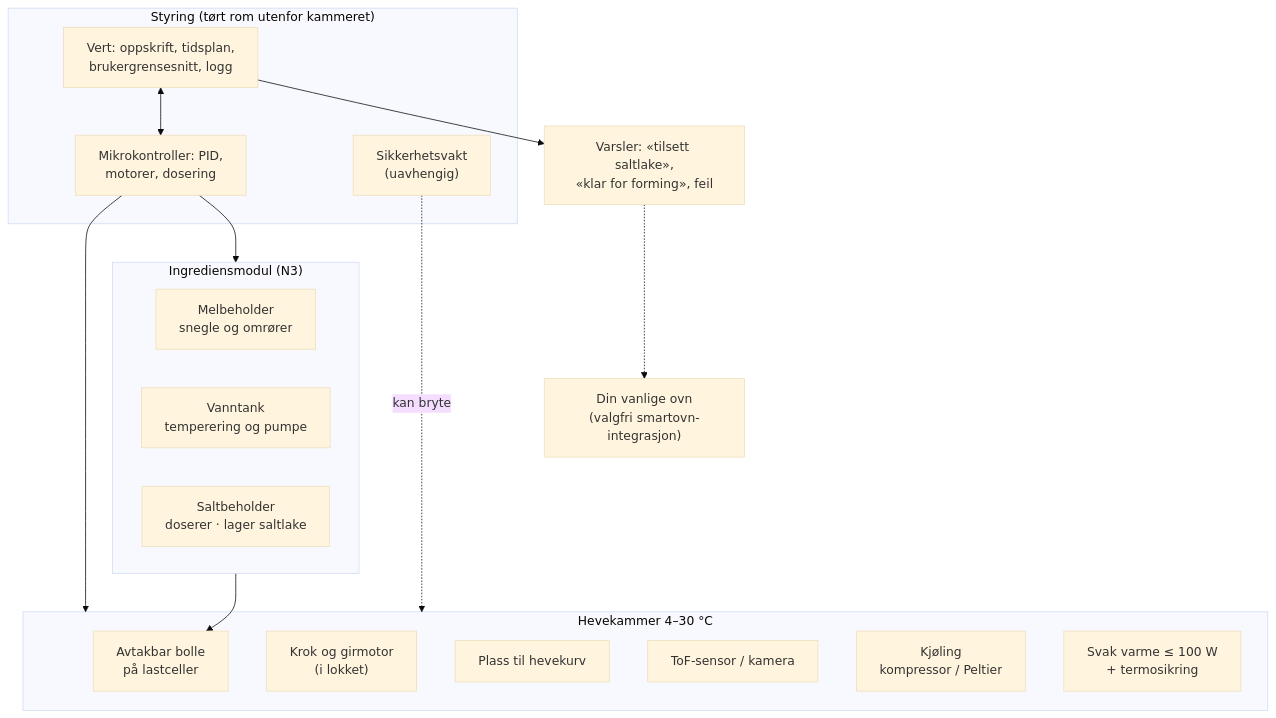
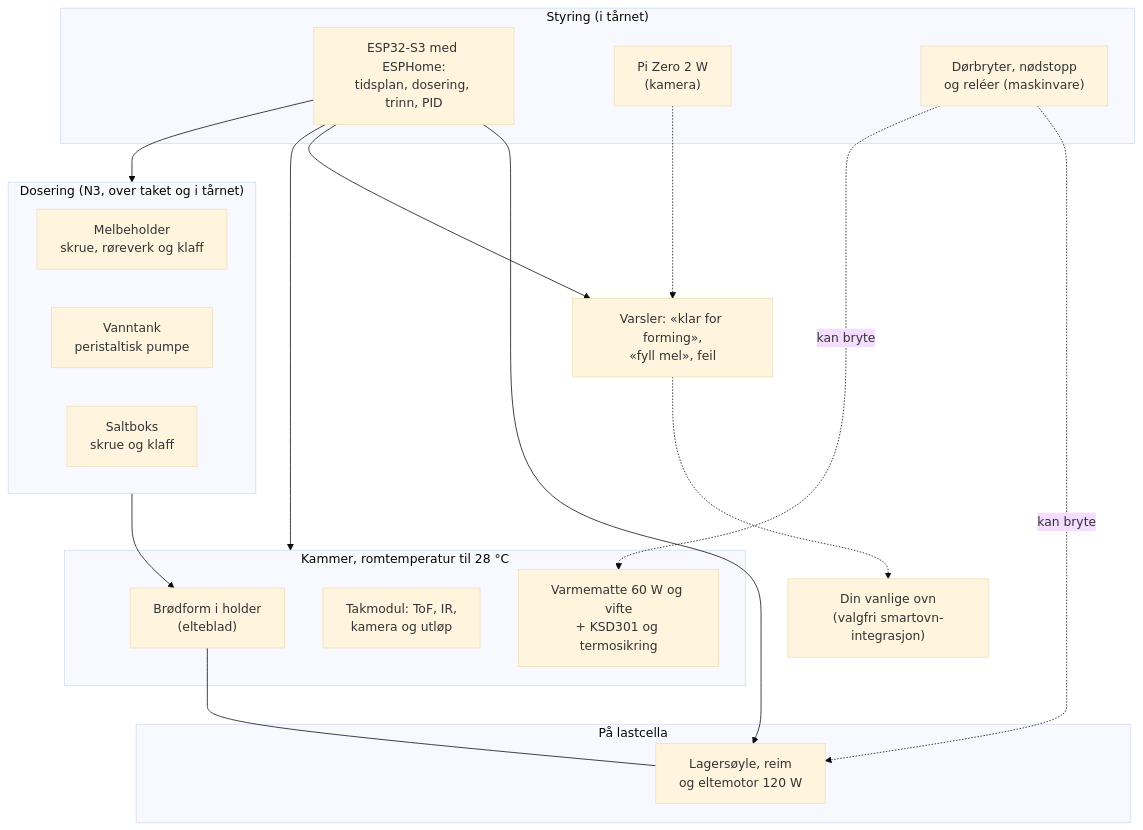
The first of 3 diagrams in docs/07-arkitektur.md (erikhafnor/surdeigsbaker), drawn with Mermaid (base theme) before and after one commit. The commit also changed other lines of this file and 13 other files, not shown here.

````diff
--- a/docs/07-arkitektur.md
+++ b/docs/07-arkitektur.md
@@ -9,30 +23,33 @@
 ```mermaid
 flowchart TB
-  subgraph ING["Ingrediensmodul (N3)"]
-    MEL["Melbeholder<br/>snegle og omrører"]
-    VANN["Vanntank<br/>temperering og pumpe"]
-    SALT["Saltbeholder<br/>doserer · lager saltlake"]
+  subgraph ING["Dosering (N3, over taket og i tårnet)"]
+    MEL["Melbeholder<br/>skrue, røreverk og klaff"]
+    VANN["Vanntank<br/>peristaltisk pumpe"]
+    SALT["Saltboks<br/>skrue og klaff"]
   end
-  subgraph KAM["Hevekammer 4–30 °C"]
-    BOLLE["Avtakbar bolle<br/>på lastceller"]
-    KROK["Krok og girmotor<br/>(i lokket)"]
-    KURV["Plass til hevekurv"]
-    TOF["ToF-sensor / kamera"]
-    KJOL["Kjøling<br/>kompressor / Peltier"]
-    VARME["Svak varme ≤ 100 W<br/>+ termosikring"]
+  subgraph KAM["Kammer, romtemperatur til 28 °C"]
+    FORM["Brødform i holder<br/>(elteblad)"]
+    TAK["Takmodul: ToF, IR,<br/>kamera og utløp"]
+    VARME["Varmematte 60 W og vifte<br/>+ KSD301 og termosikring"]
   end
-  subgraph CTRL["Styring (tørt rom utenfor kammeret)"]
-    HOST["Vert: oppskrift, tidsplan,<br/>brukergrensesnitt, logg"]
-    MCU["Mikrokontroller: PID,<br/>motorer, dosering"]
-    SAFE["Sikkerhetsvakt<br/>(uavhengig)"]
+  subgraph VEKT["På lastcella"]
+    DRIV["Lagersøyle, reim<br/>og eltemotor 120 W"]
   end
-  VARSEL["Varsler: «tilsett saltlake»,<br/>«klar for forming», feil"]
+  subgraph CTRL["Styring (i tårnet)"]
+    MCU["ESP32-S3 med ESPHome:<br/>tidsplan, dosering, trinn, PID"]
+    PI["Pi Zero 2 W<br/>(kamera)"]
+    SAFE["Dørbryter, nødstopp<br/>og reléer (maskinvare)"]
+  end
+  VARSEL["Varsler: «klar for forming»,<br/>«fyll mel», feil"]
   OVN["Din vanlige ovn<br/>(valgfri smartovn-integrasjon)"]
-  ING --> BOLLE
-  HOST <--> MCU
+  ING --> FORM
+  FORM --- DRIV
   MCU --> KAM
   MCU --> ING
-  HOST --> VARSEL
+  MCU --> DRIV
+  MCU --> VARSEL
+  PI -.-> VARSEL
   VARSEL -.-> OVN
-  SAFE -. kan bryte .-> KAM
+  SAFE -. kan bryte .-> DRIV
+  SAFE -. kan bryte .-> VARME
 ```
````
